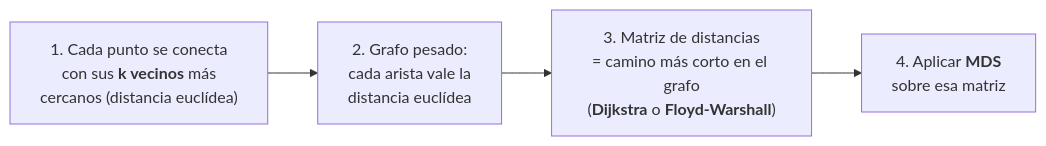
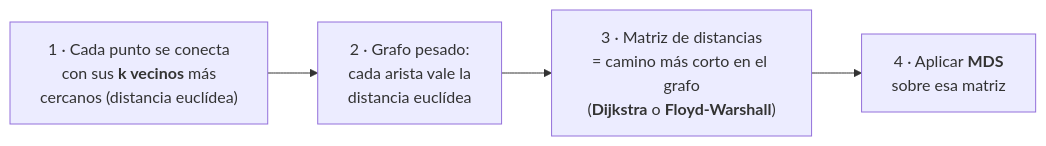
One commit to totogr/Tomas-Goncalves-Rei changed the second of 3 diagrams in Materias/Ciencia de Datos/Guías de estudio/07 - Reducción de la dimensionalidad.md. Above: the diagram before and after it, drawn with Mermaid. The commit also changed other lines of this file and 34 other files, not shown here.

Commit message:
Arreglar graficos de las guias (CdD, GDSI y Redes): texto cortado, superpuesto o fuera del SVG, colores de texto que no se aplicaban, y diagramas mermaid con 'Unsupported markdown' o notas desbordadas

````diff
--- a/Materias/Ciencia de Datos/Guías de estudio/07 - Reducción de la dimensionalidad.md
+++ b/Materias/Ciencia de Datos/Guías de estudio/07 - Reducción de la dimensionalidad.md
@@ -219,6 +219,6 @@
 ```mermaid
 flowchart LR
-    A["1. Cada punto se conecta<br/>con sus <b>k vecinos</b> más<br/>cercanos (distancia euclídea)"] --> B["2. Grafo pesado:<br/>cada arista vale la<br/>distancia euclídea"]
-    B --> C["3. Matriz de distancias<br/>= camino más corto en el grafo<br/>(<b>Dijkstra</b> o <b>Floyd-Warshall</b>)"]
-    C --> D["4. Aplicar <b>MDS</b><br/>sobre esa matriz"]
+    A["1 · Cada punto se conecta<br/>con sus <b>k vecinos</b> más<br/>cercanos (distancia euclídea)"] --> B["2 · Grafo pesado:<br/>cada arista vale la<br/>distancia euclídea"]
+    B --> C["3 · Matriz de distancias<br/>= camino más corto en el grafo<br/>(<b>Dijkstra</b> o <b>Floyd-Warshall</b>)"]
+    C --> D["4 · Aplicar <b>MDS</b><br/>sobre esa matriz"]
 ```
````
